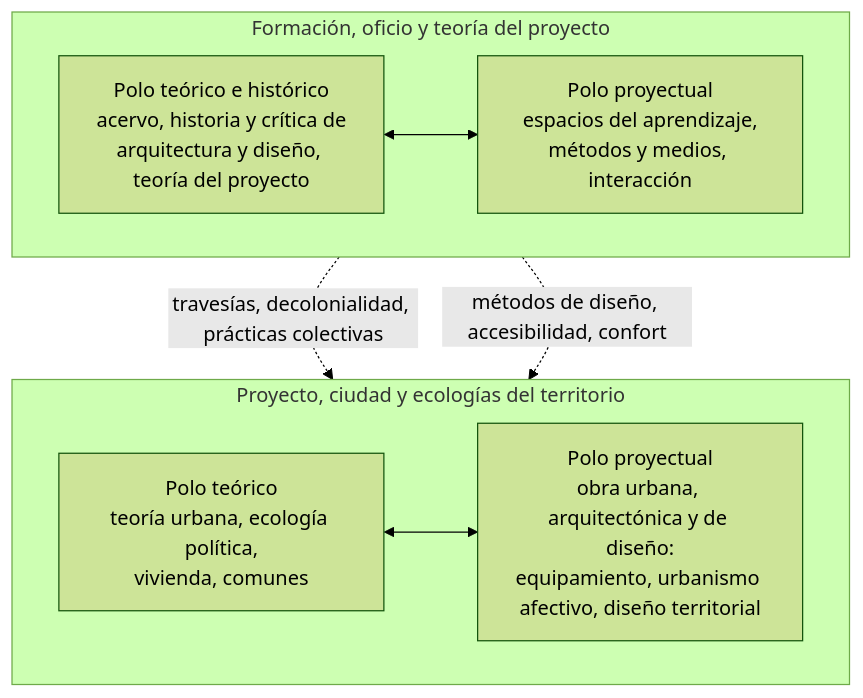
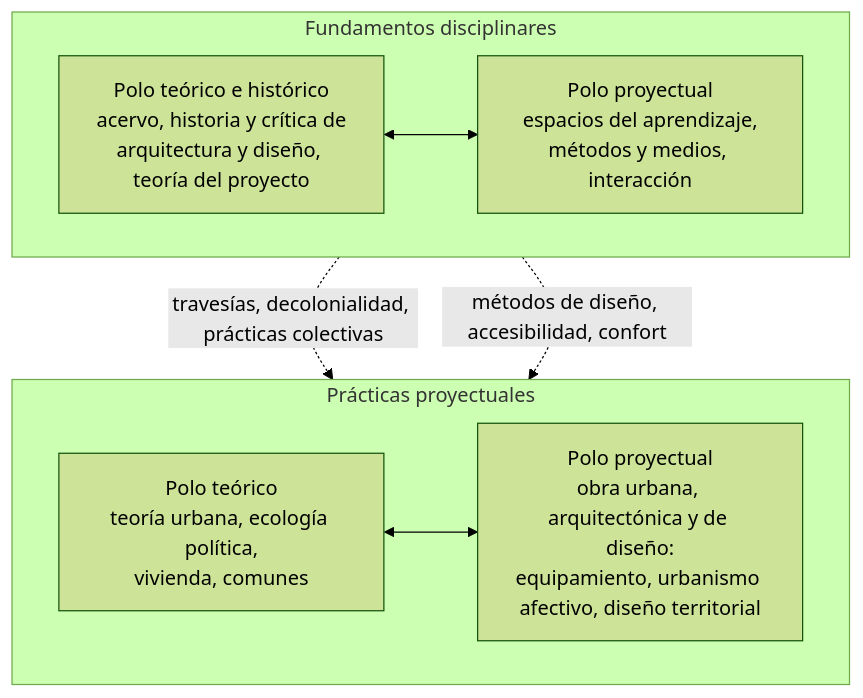
Before and after one commit to eadpucv/investigacion-ead: the second of 3 diagrams in doctorado-programa.md, drawn with Mermaid (forest theme). The commit also changed other lines of this file and 10 other files, not shown here.

First line of the commit message:
Líneas: Fundamentos disciplinares / Prácticas proyectuales; proyectos y comparación

````diff
--- a/doctorado-programa.md
+++ b/doctorado-programa.md
@@ -94,17 +94,17 @@
 ```mermaid
 flowchart TB
-    subgraph L1[Formación, oficio y teoría del proyecto]
+    subgraph L1[Fundamentos disciplinares]
         direction LR
         T1[Polo teórico e histórico<br/>acervo, historia y crítica de<br/>arquitectura y diseño, teoría del proyecto]
         P1[Polo proyectual<br/>espacios del aprendizaje,<br/>métodos y medios, interacción]
         T1 <--> P1
     end
-    subgraph L2[Proyecto, ciudad y ecologías del territorio]
+    subgraph L2[Prácticas proyectuales]
         direction LR
         T2[Polo teórico<br/>teoría urbana, ecología política,<br/>vivienda, comunes]
         P2[Polo proyectual<br/>obra urbana, arquitectónica y de diseño:<br/>equipamiento, urbanismo afectivo, diseño territorial]
         T2 <--> P2
     end
     T1 -. travesías, decolonialidad, prácticas colectivas .-> T2
     P1 -. métodos de diseño, accesibilidad, confort .-> P2
 ```
````
